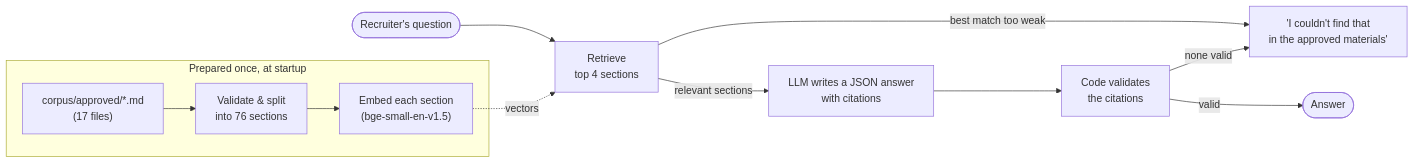
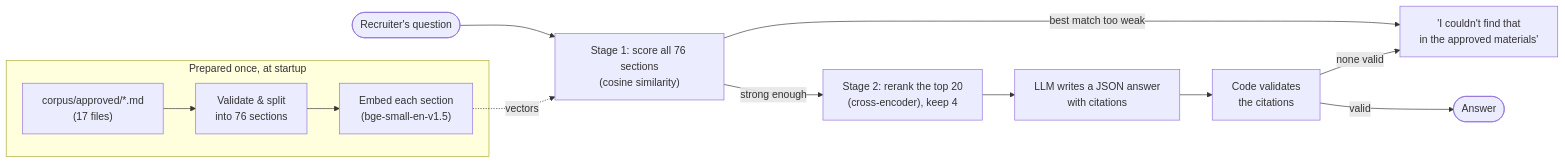
Before and after one commit to kheirie/myResume: the first of 6 diagrams in README.md, drawn with Mermaid. The commit also changed other lines of this file, not shown here.

````diff
--- a/README.md
+++ b/README.md
@@ -54,15 +54,16 @@
 ```mermaid
 flowchart LR
     subgraph Offline["Prepared once, at startup"]
         A["corpus/approved/*.md<br/>(17 files)"] --> B["Validate & split<br/>into 76 sections"]
         B --> C["Embed each section<br/>(bge-small-en-v1.5)"]
     end
 
-    Q(["Recruiter's question"]) --> R["Retrieve<br/>top 4 sections"]
+    Q(["Recruiter's question"]) --> R["Stage 1: score all 76 sections<br/>(cosine similarity)"]
     C -. vectors .-> R
     R -->|"best match too weak"| N["'I couldn't find that<br/>in the approved materials'"]
-    R -->|"relevant sections"| L["LLM writes a JSON answer<br/>with citations"]
+    R -->|"strong enough"| RR["Stage 2: rerank the top 20<br/>(cross-encoder), keep 4"]
+    RR --> L["LLM writes a JSON answer<br/>with citations"]
     L --> V["Code validates<br/>the citations"]
     V -->|"valid"| ANS(["Answer"])
     V -->|"none valid"| N
 ```
````
